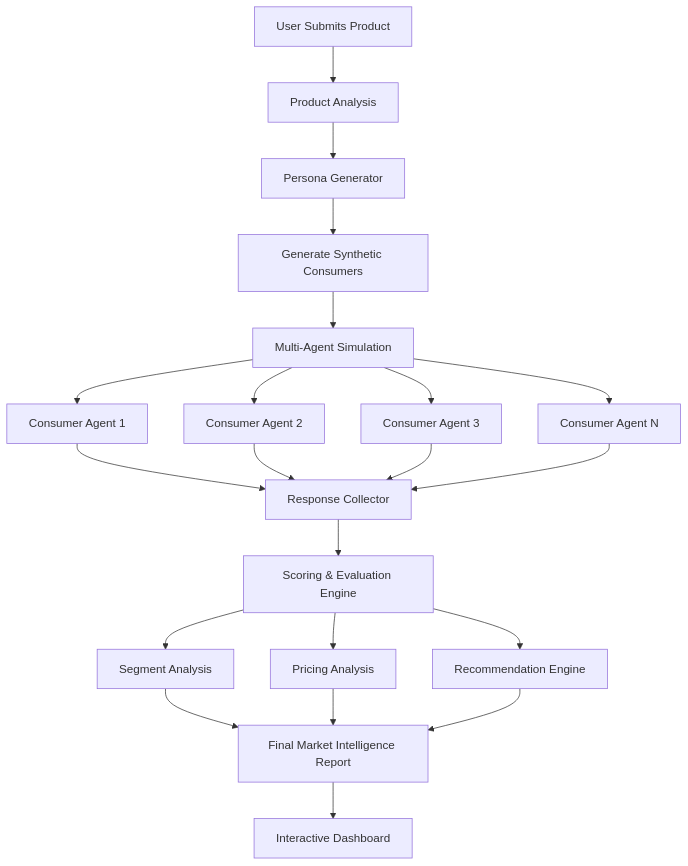
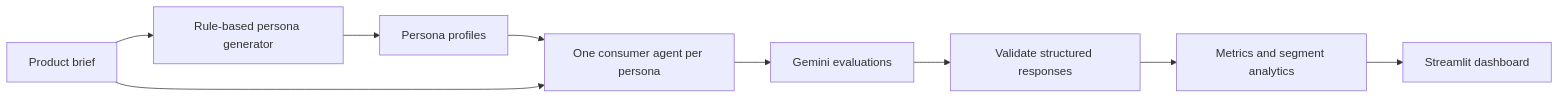
One commit to janhviagr/persona-pulse changed the diagram in README.md. Above: the diagram before and after it, drawn with Mermaid. The commit also changed other lines of this file, not shown here.

````diff
--- a/README.md
+++ b/README.md
@@ -91,28 +21,11 @@
-```mermaid
-flowchart TD
-    A[User Submits Product] --> B[Product Analysis]
-    B --> C[Persona Generator]
-    C --> D[Generate Synthetic Consumers]
-    D --> E[Multi-Agent Simulation]
-
-    E --> F1[Consumer Agent 1]
-    E --> F2[Consumer Agent 2]
-    E --> F3[Consumer Agent 3]
-    E --> F4[Consumer Agent N]
-
-    F1 --> G[Response Collector]
-    F2 --> G
-    F3 --> G
-    F4 --> G
-
-    G --> H[Scoring & Evaluation Engine]
-    H --> I[Segment Analysis]
-    H --> J[Pricing Analysis]
-    H --> K[Recommendation Engine]
-
-    I --> L[Final Market Intelligence Report]
-    J --> L
-    K --> L
-
-    L --> M[Interactive Dashboard]
-```
+~~~mermaid
+flowchart LR
+    A[Product brief] --> B[Rule-based persona generator]
+    B --> C[Persona profiles]
+    C --> D[One consumer agent per persona]
+    A --> D
+    D --> E[Gemini evaluations]
+    E --> F[Validate structured responses]
+    F --> G[Metrics and segment analytics]
+    G --> H[Streamlit dashboard]
+~~~
````
